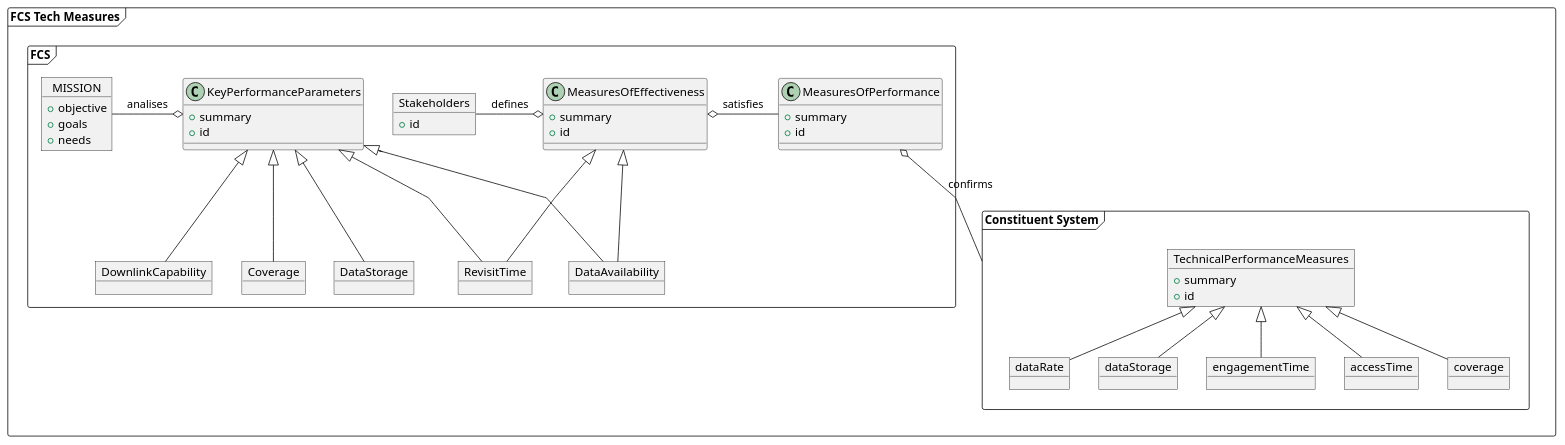
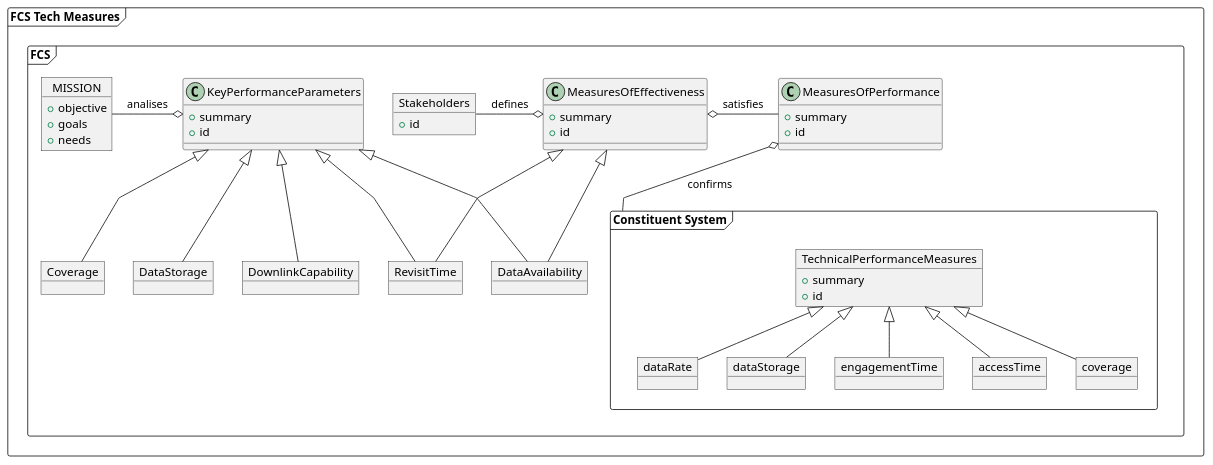
One commit to clgbatista/phdModelling changed the diagram in csrm/measures.plantuml. Above: the diagram before and after it, drawn with PlantUML. The commit also changed 8 other files, not shown here.

Commit message:
inlcude append to plantuml diagrams ++ set param to batch files, point to path

```diff
--- a/csrm/measures.plantuml
+++ b/csrm/measures.plantuml
@@ -1,76 +1,77 @@
 @startuml measures
 
 skinparam Linetype polyline
 
 frame "FCS Tech Measures" as measures {
 
     frame "FCS" {
             object Stakeholders {
             +id
         }
         object MISSION {
             +objective
             +goals
             +needs
         }
 
         Stakeholders -o MeasuresOfEffectiveness : defines
         MISSION -o KeyPerformanceParameters : analises
 
         object MeasuresOfEffectiveness {
             +summary
             +id
         }
 
         object DataAvailability
         object RevisitTime
 
         MeasuresOfEffectiveness ^-- DataAvailability
         MeasuresOfEffectiveness ^-- RevisitTime
         MeasuresOfEffectiveness o- MeasuresOfPerformance : satisfies
 
         object KeyPerformanceParameters {
             +summary
             +id
         }
 
         object Coverage
         object DataStorage
         object DownlinkCapability
 
         KeyPerformanceParameters ^-- Coverage
         KeyPerformanceParameters ^-- DataStorage
         KeyPerformanceParameters ^-- DownlinkCapability
         KeyPerformanceParameters ^-- DataAvailability
         KeyPerformanceParameters ^-- RevisitTime
 
         object MeasuresOfPerformance {
             +summary
             +id
     }
-    }
 
     frame "Constituent System" as cs {
             object TechnicalPerformanceMeasures {
             +summary
             +id
         }
 
         object dataRate
         object dataStorage
         object engagementTime
         object accessTime
         object coverage
 
         TechnicalPerformanceMeasures ^-- dataRate
         TechnicalPerformanceMeasures ^-- dataStorage
         TechnicalPerformanceMeasures ^-- accessTime
         TechnicalPerformanceMeasures ^-- engagementTime 
         TechnicalPerformanceMeasures ^-- coverage 
 
     }
 
+    }
+
     MeasuresOfPerformance o-- cs : confirms
 }
 
 @enduml
```
